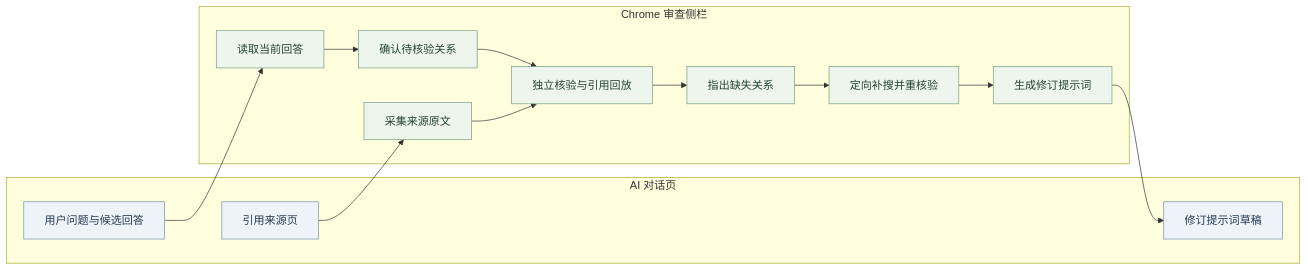
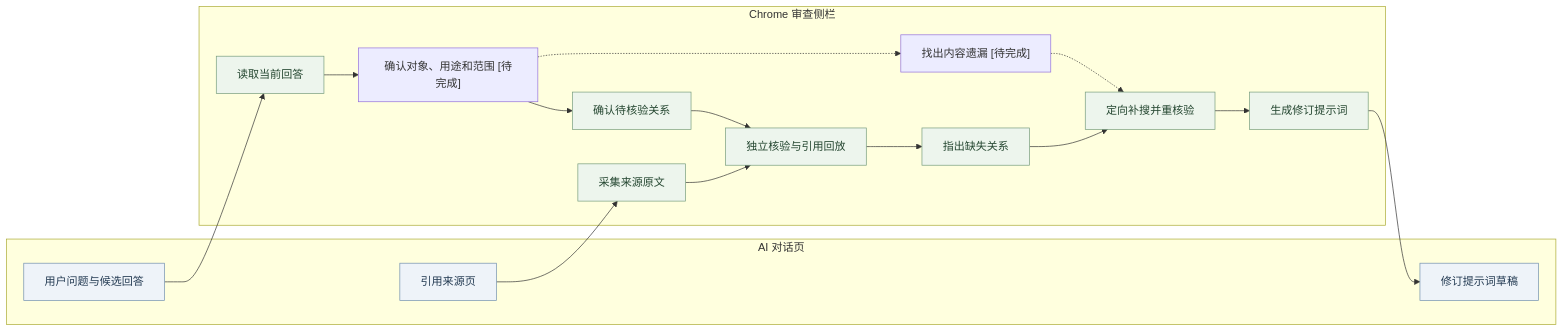
One commit to Gump111458785/evidence-verifier changed the first of 3 diagrams in README.md. Above: the diagram before and after it, drawn with Mermaid. The commit also changed other lines of this file and 4 other files, not shown here.

````diff
--- a/README.md
+++ b/README.md
@@ -54,23 +61,26 @@
 ```mermaid
 flowchart LR
     subgraph AI["AI 对话页"]
         A["用户问题与候选回答"]
         B["引用来源页"]
         C["修订提示词草稿"]
     end
     subgraph Extension["Chrome 审查侧栏"]
-        D["读取当前回答"] --> E["确认待核验关系"]
+        D["读取当前回答"] --> Scope["确认对象、用途和范围 [待完成]"]
+        Scope --> E["确认待核验关系"]
         F["采集来源原文"] --> G["独立核验与引用回放"]
         E --> G
         G --> H["指出缺失关系"]
+        Scope -.-> Missing["找出内容遗漏 [待完成]"]
+        Missing -.-> I
         H --> I["定向补搜并重核验"]
         I --> J["生成修订提示词"]
     end
     A --> D
     B --> F
     J --> C
     classDef chat fill:#eef3f9,stroke:#7290ae,color:#243b53;
     classDef panel fill:#edf5ed,stroke:#769c7d,color:#254731;
     class A,B,C chat;
     class D,E,F,G,H,I,J panel;
 ```
````
